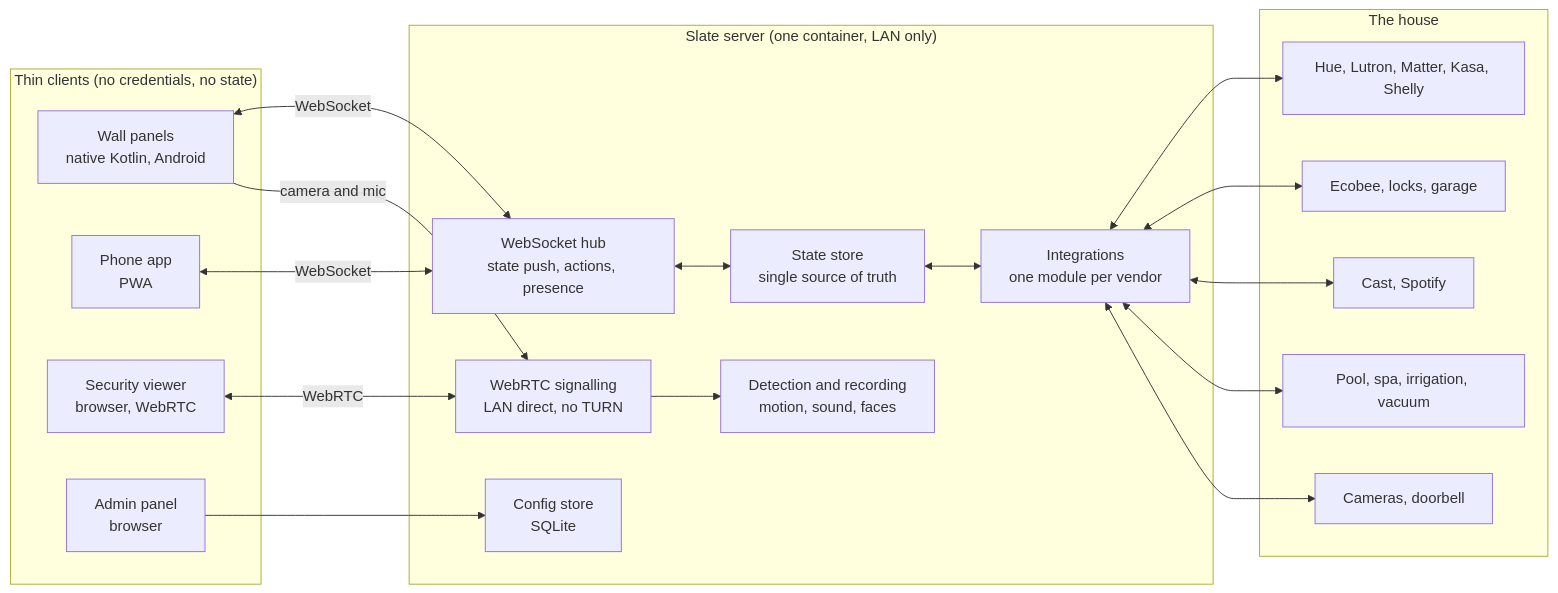
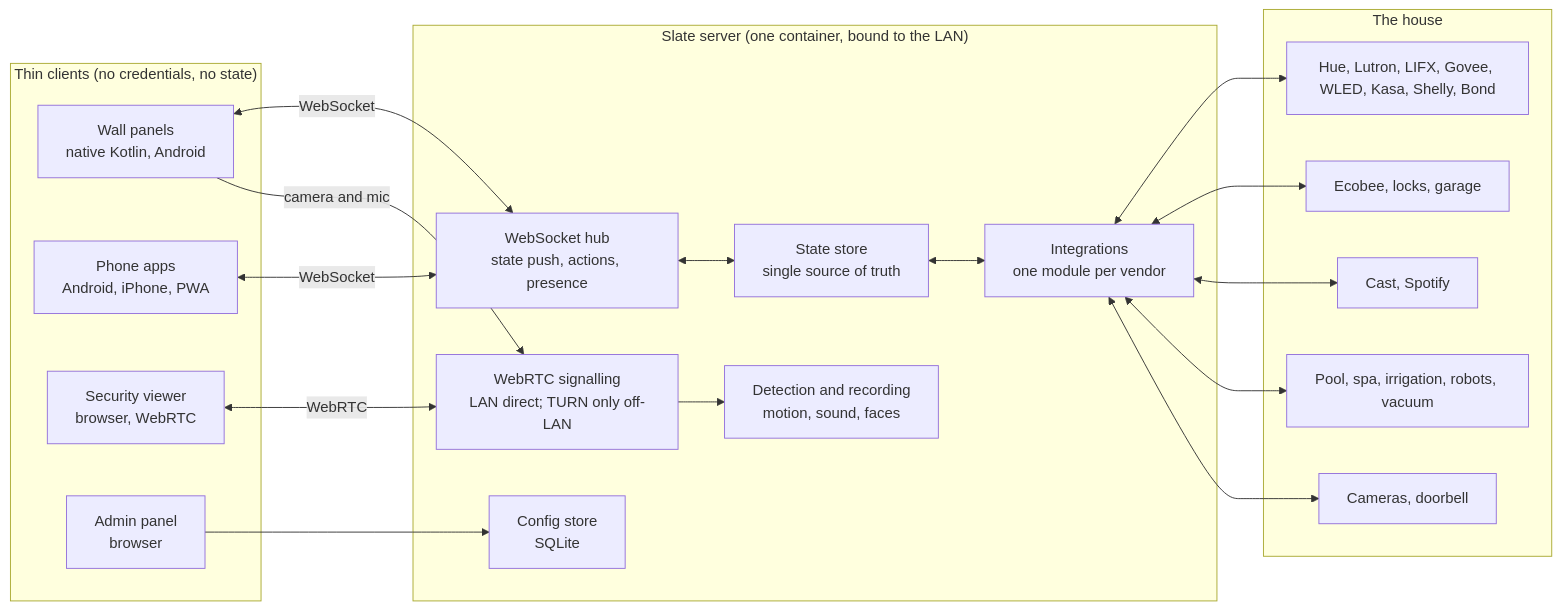
Before and after one commit to dfalpha/slate-overview: the diagram in README.md, drawn with Mermaid. The commit also changed other lines of this file, not shown here.

````diff
--- a/README.md
+++ b/README.md
@@ -147,40 +163,40 @@
 ```mermaid
 flowchart LR
   subgraph clients["Thin clients (no credentials, no state)"]
     T["Wall panels<br>native Kotlin, Android"]
-    P["Phone app<br>PWA"]
+    P["Phone apps<br>Android, iPhone, PWA"]
     V["Security viewer<br>browser, WebRTC"]
     A["Admin panel<br>browser"]
   end
 
-  subgraph server["Slate server (one container, LAN only)"]
+  subgraph server["Slate server (one container, bound to the LAN)"]
     H["WebSocket hub<br>state push, actions, presence"]
     S["State store<br>single source of truth"]
     C["Config store<br>SQLite"]
     I["Integrations<br>one module per vendor"]
     D["Detection and recording<br>motion, sound, faces"]
-    R["WebRTC signalling<br>LAN direct, no TURN"]
+    R["WebRTC signalling<br>LAN direct; TURN only off-LAN"]
   end
 
   subgraph devices["The house"]
-    L["Hue, Lutron, Matter, Kasa, Shelly"]
+    L["Hue, Lutron, LIFX, Govee, WLED, Kasa, Shelly, Bond"]
     K["Ecobee, locks, garage"]
     M["Cast, Spotify"]
-    W["Pool, spa, irrigation, vacuum"]
+    W["Pool, spa, irrigation, robots, vacuum"]
     E["Cameras, doorbell"]
   end
 
   T <-->|WebSocket| H
   P <-->|WebSocket| H
   A --> C
   V <-->|WebRTC| R
   T -->|camera and mic| R
   R --> D
   H <--> S
   S <--> I
   I <--> L
   I <--> K
   I <--> M
   I <--> W
   I <--> E
 ```
````
